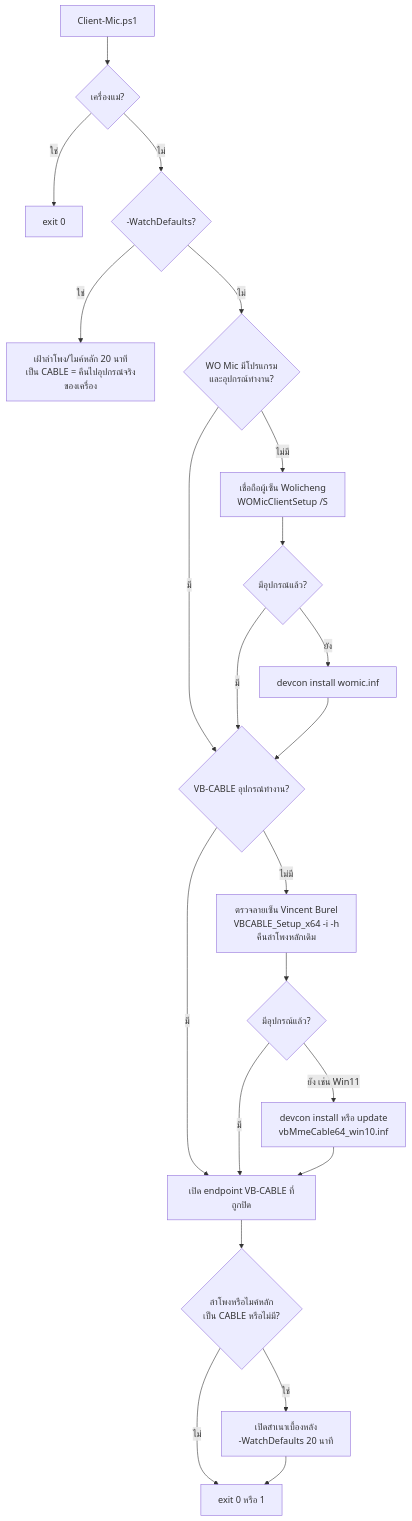
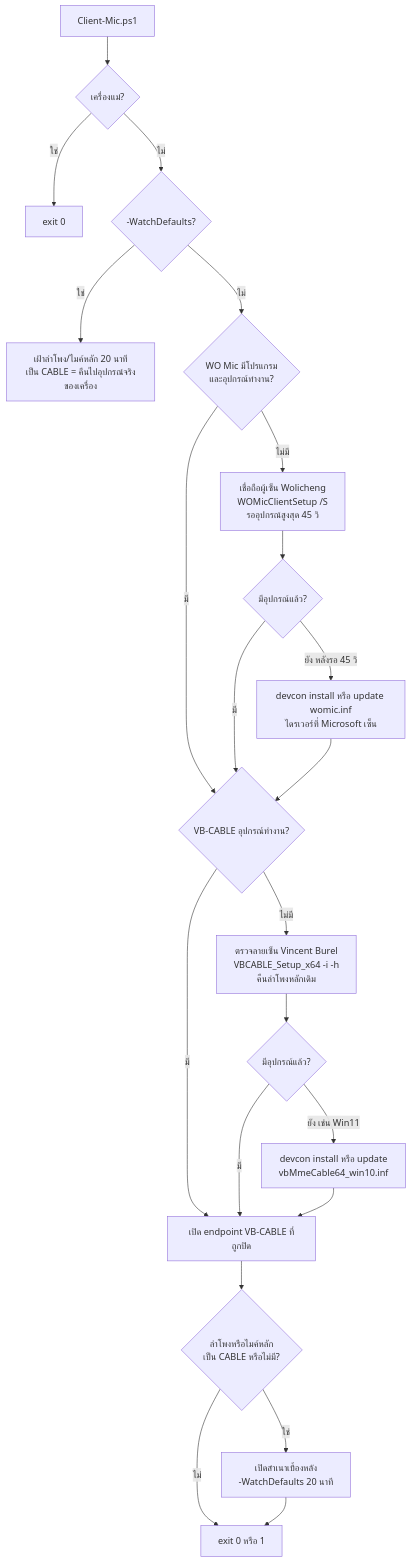
One commit to fbpinote-svg/OSYNC changed the third of 5 diagrams in System/Docs/04-CLIENT-BOOT.md. Above: the diagram before and after it, drawn with Mermaid. The commit also changed other lines of this file and 15 other files, not shown here.

````diff
--- a/System/Docs/04-CLIENT-BOOT.md
+++ b/System/Docs/04-CLIENT-BOOT.md
@@ -646,24 +646,24 @@
 ```mermaid
 flowchart TD
   S["Client-Mic.ps1"] --> M{"เครื่องแม่?"}
   M -->|"ใช่"| X["exit 0"]
   M -->|"ไม่"| W{"-WatchDefaults?"}
   W -->|"ใช่"| WD["เฝ้าลำโพง/ไมค์หลัก 20 นาที<br/>เป็น CABLE = คืนไปอุปกรณ์จริงของเครื่อง"]
   W -->|"ไม่"| WM{"WO Mic มีโปรแกรม<br/>และอุปกรณ์ทำงาน?"}
-  WM -->|"ไม่มี"| WI["เชื่อถือผู้เซ็น Wolicheng<br/>WOMicClientSetup /S"]
+  WM -->|"ไม่มี"| WI["เชื่อถือผู้เซ็น Wolicheng<br/>WOMicClientSetup /S<br/>รออุปกรณ์สูงสุด 45 วิ"]
   WI --> WC{"มีอุปกรณ์แล้ว?"}
-  WC -->|"ยัง"| WDC["devcon install womic.inf"]
+  WC -->|"ยัง หลังรอ 45 วิ"| WDC["devcon install หรือ update womic.inf<br/>ไดรเวอร์ที่ Microsoft เซ็น"]
   WM -->|"มี"| VB
   WC -->|"มี"| VB
   WDC --> VB{"VB-CABLE อุปกรณ์ทำงาน?"}
   VB -->|"ไม่มี"| VI["ตรวจลายเซ็น Vincent Burel<br/>VBCABLE_Setup_x64 -i -h<br/>คืนลำโพงหลักเดิม"]
   VI --> VC{"มีอุปกรณ์แล้ว?"}
   VC -->|"ยัง เช่น Win11"| VD["devcon install หรือ update<br/>vbMmeCable64_win10.inf"]
   VB -->|"มี"| EP
   VC -->|"มี"| EP
   VD --> EP["เปิด endpoint VB-CABLE ที่ถูกปิด"]
   EP --> DF{"ลำโพงหรือไมค์หลัก<br/>เป็น CABLE หรือไม่มี?"}
   DF -->|"ใช่"| BG["เปิดสำเนาเบื้องหลัง<br/>-WatchDefaults 20 นาที"]
   DF -->|"ไม่"| E["exit 0 หรือ 1"]
   BG --> E
 ```
````
